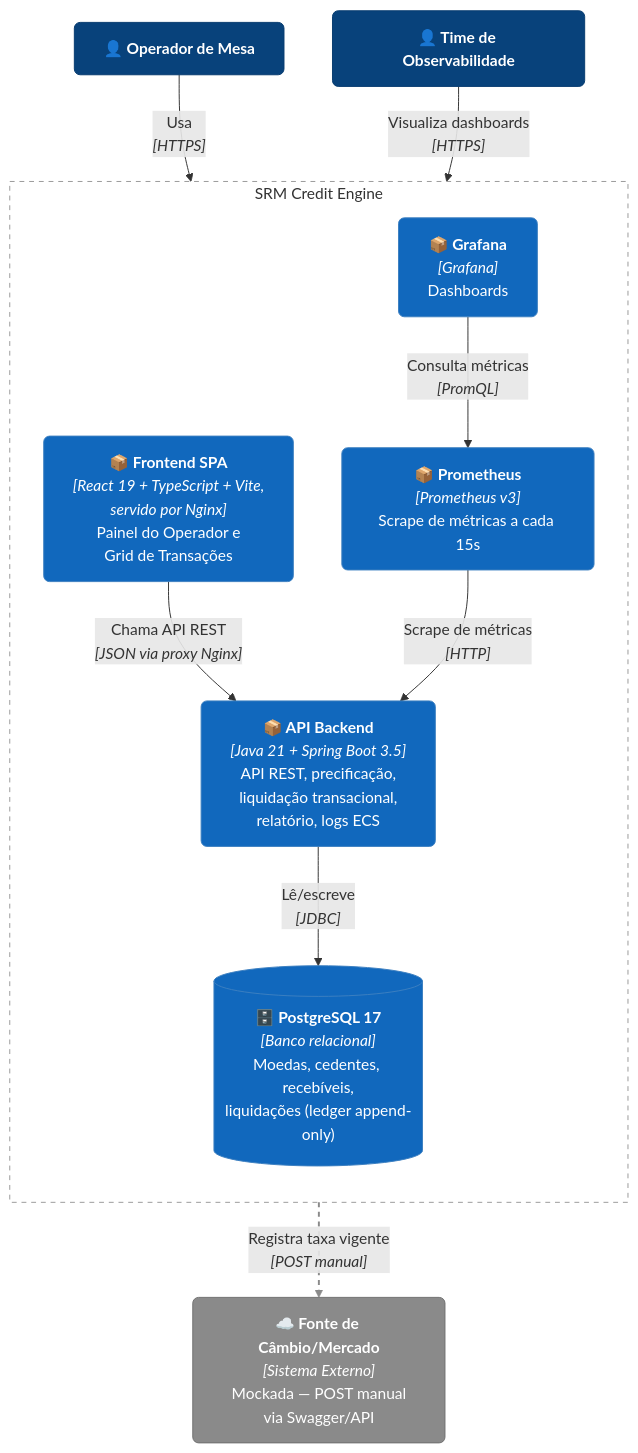
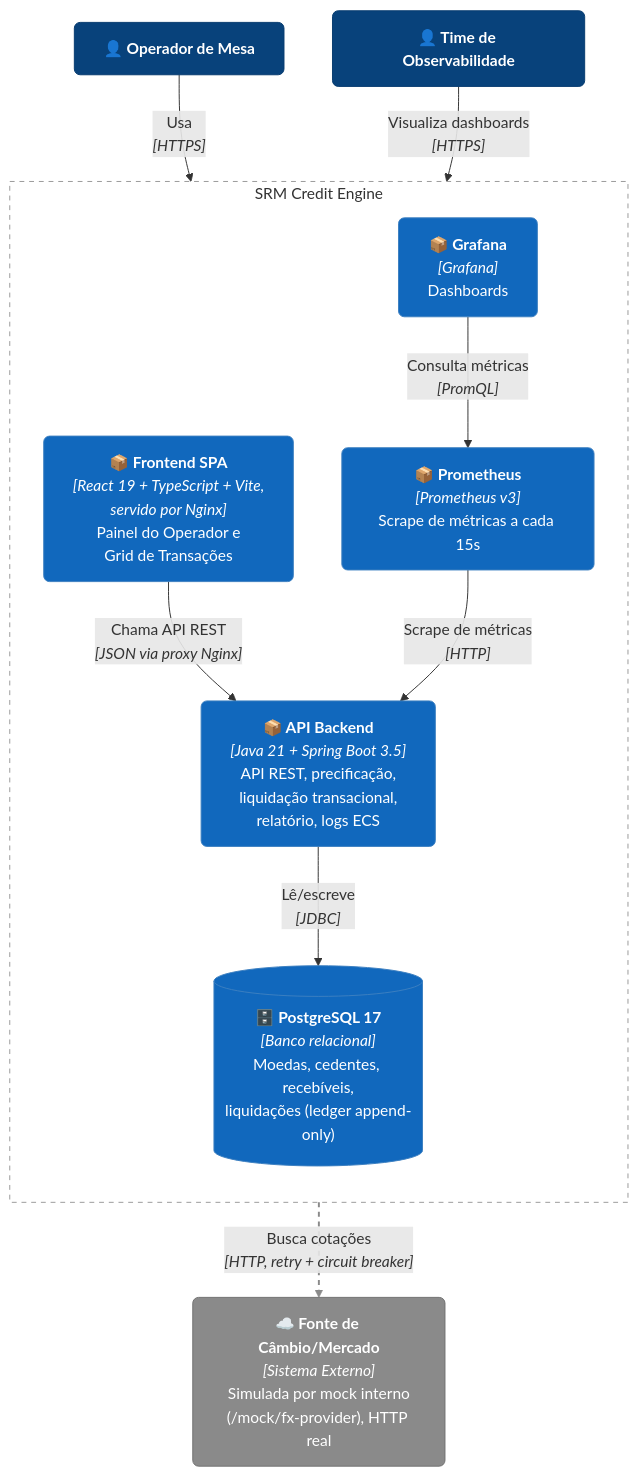
One commit to Narvaal/SRMCreditEngine changed the second of 2 diagrams in docs/diagrama-c4.md. Above: the diagram before and after it, drawn with Mermaid. The commit also changed other lines of this file and 4 other files, not shown here.

````diff
--- a/docs/diagrama-c4.md
+++ b/docs/diagrama-c4.md
@@ -40,33 +40,33 @@
 ```mermaid
 flowchart TB
     operador["<b>👤 Operador de Mesa</b>"]
     sre["<b>👤 Time de Observabilidade</b>"]
-    fonteTaxas["<b>☁️ Fonte de Câmbio/Mercado</b><br/><i>[Sistema Externo]</i><br/>Mockada — POST manual<br/>via Swagger/API"]
+    fonteTaxas["<b>☁️ Fonte de Câmbio/Mercado</b><br/><i>[Sistema Externo]</i><br/>Simulada por mock interno<br/>(/mock/fx-provider), HTTP real"]
 
     subgraph srm["SRM Credit Engine"]
         direction TB
         frontend["<b>📦 Frontend SPA</b><br/><i>[React 19 + TypeScript + Vite,<br/>servido por Nginx]</i><br/>Painel do Operador e<br/>Grid de Transações"]
         backend["<b>📦 API Backend</b><br/><i>[Java 21 + Spring Boot 3.5]</i><br/>API REST, precificação,<br/>liquidação transacional,<br/>relatório, logs ECS"]
         db[("<b>🗄️ PostgreSQL 17</b><br/><i>[Banco relacional]</i><br/>Moedas, cedentes, recebíveis,<br/>liquidações (ledger append-only)")]
         prometheus["<b>📦 Prometheus</b><br/><i>[Prometheus v3]</i><br/>Scrape de métricas a cada 15s"]
         grafana["<b>📦 Grafana</b><br/><i>[Grafana]</i><br/>Dashboards"]
     end
 
     operador -->|"Usa<br/><i>[HTTPS]</i>"| frontend
     frontend -->|"Chama API REST<br/><i>[JSON via proxy Nginx]</i>"| backend
     backend -->|"Lê/escreve<br/><i>[JDBC]</i>"| db
     prometheus -->|"Scrape de métricas<br/><i>[HTTP]</i>"| backend
     grafana -->|"Consulta métricas<br/><i>[PromQL]</i>"| prometheus
     sre -->|"Visualiza dashboards<br/><i>[HTTPS]</i>"| grafana
-    backend -.->|"Registra taxa vigente<br/><i>[POST manual]</i>"| fonteTaxas
+    backend -.->|"Busca cotações<br/><i>[HTTP, retry + circuit breaker]</i>"| fonteTaxas
 
     classDef person fill:#08427B,stroke:#073B6F,color:#fff,rx:6,ry:6
     classDef container fill:#1168BD,stroke:#3C7FC0,color:#fff,rx:6,ry:6
     classDef external fill:#8a8a8a,stroke:#707070,color:#fff,rx:6,ry:6
     classDef boundary fill:none,stroke:#999,stroke-dasharray: 5 5
     class operador,sre person
     class frontend,backend,prometheus,grafana,db container
     class fonteTaxas external
     class srm boundary
     linkStyle 6 stroke:#8a8a8a,stroke-width:2px,stroke-dasharray:5 5;
 ```
````
